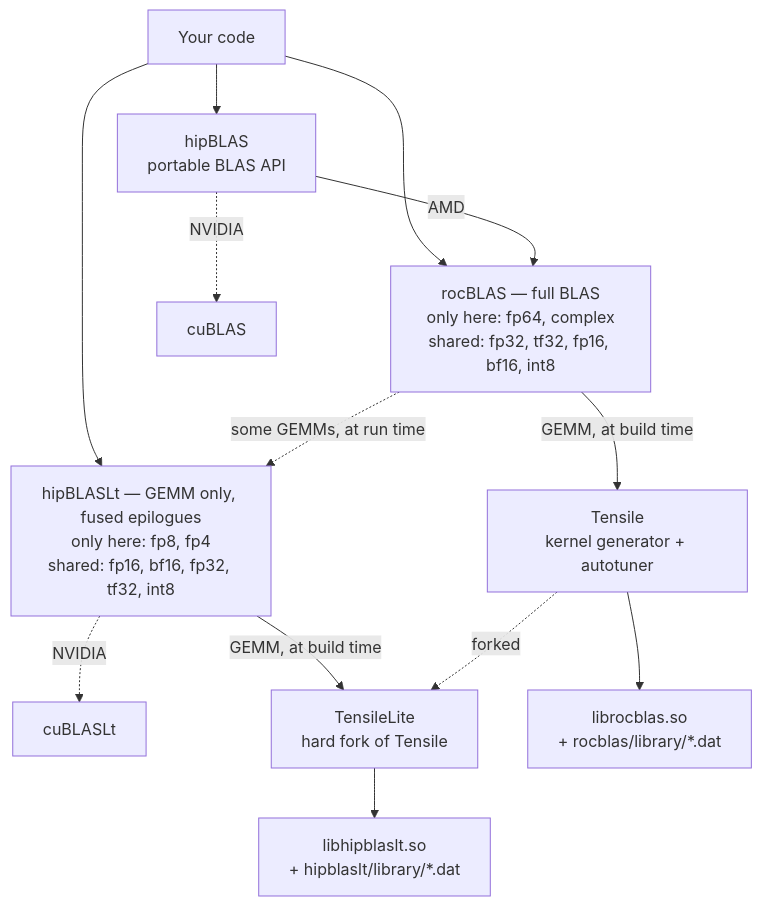
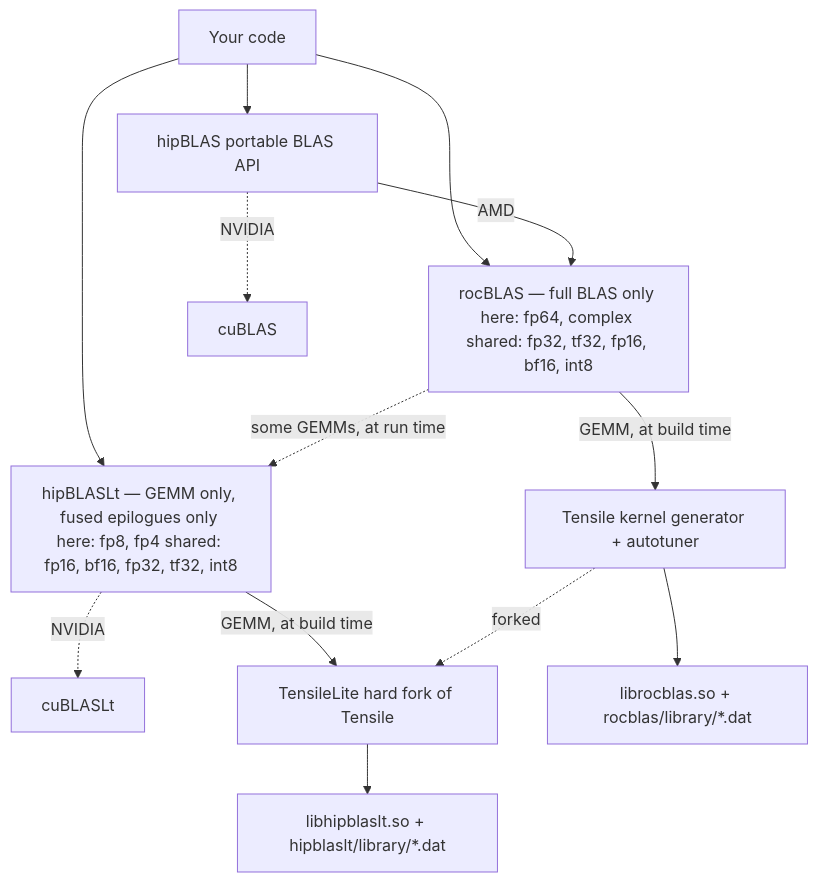
Before and after one commit to kerwtsai-amd/GEMM-Bench: the diagram in README.md, drawn with Mermaid.

````diff
--- a/README.md
+++ b/README.md
@@ -108,32 +108,32 @@
 ```mermaid
 graph TD
     app["Your code"]
 
-    hipblas["hipBLAS<br/>portable BLAS API"]
-    hipblaslt["hipBLASLt — GEMM only, fused epilogues<br/>only here: fp8, fp4<br/>shared: fp16, bf16, fp32, tf32, int8"]
-    rocblas["rocBLAS — full BLAS<br/>only here: fp64, complex<br/>shared: fp32, tf32, fp16, bf16, int8"]
+    hipblas["hipBLAS portable BLAS API"]
+    hipblaslt["hipBLASLt — GEMM only, fused epilogues only here: fp8, fp4 shared: fp16, bf16, fp32, tf32, int8"]
+    rocblas["rocBLAS — full BLAS only here: fp64, complex shared: fp32, tf32, fp16, bf16, int8"]
     cublas["cuBLAS"]
     cublaslt["cuBLASLt"]
 
-    tensile["Tensile<br/>kernel generator + autotuner"]
-    tensilelite["TensileLite<br/>hard fork of Tensile"]
+    tensile["Tensile kernel generator + autotuner"]
+    tensilelite["TensileLite hard fork of Tensile"]
 
-    rocblaslib["librocblas.so<br/>+ rocblas/library/*.dat"]
-    hipbltlib["libhipblaslt.so<br/>+ hipblaslt/library/*.dat"]
+    rocblaslib["librocblas.so + rocblas/library/*.dat"]
+    hipbltlib["libhipblaslt.so + hipblaslt/library/*.dat"]
 
     app --> hipblas
     app --> hipblaslt
     app --> rocblas
 
     hipblas -->|AMD| rocblas
     hipblas -.->|NVIDIA| cublas
     hipblaslt -.->|NVIDIA| cublaslt
     rocblas -.->|"some GEMMs, at run time"| hipblaslt
 
     rocblas -->|"GEMM, at build time"| tensile
     hipblaslt -->|"GEMM, at build time"| tensilelite
     tensile -.->|forked| tensilelite
 
     tensile --> rocblaslib
     tensilelite --> hipbltlib
 ```
````
